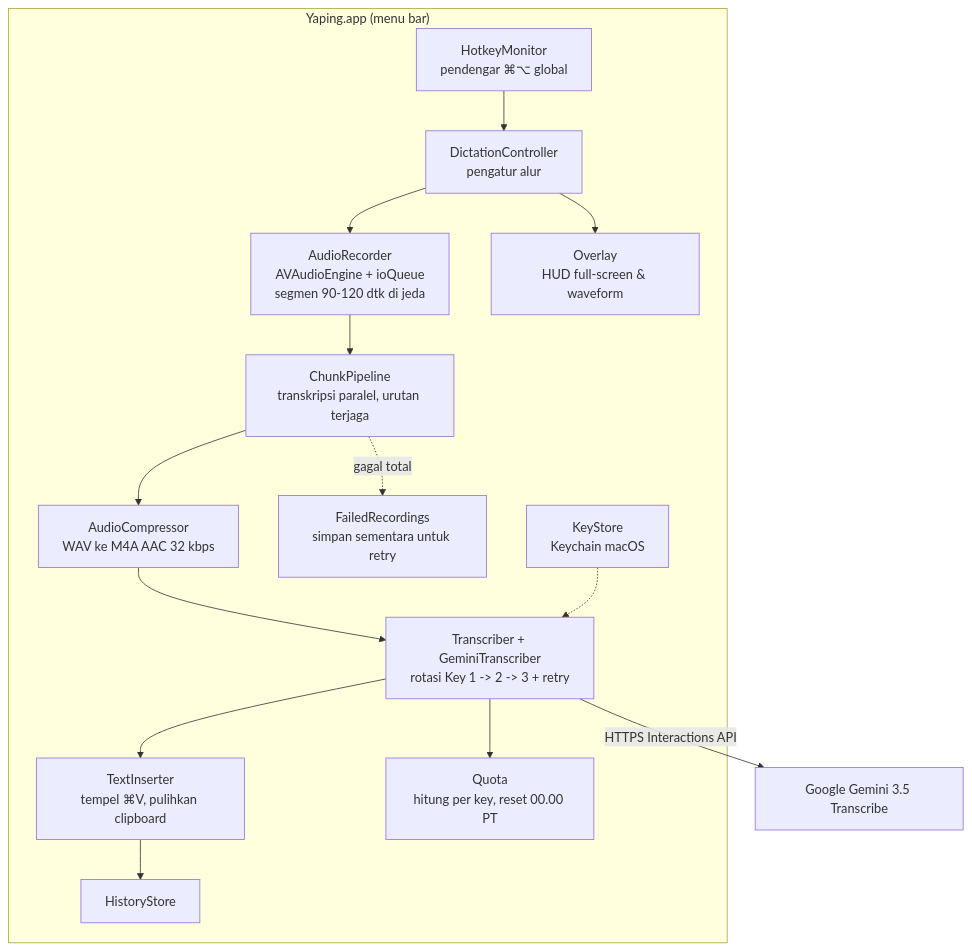
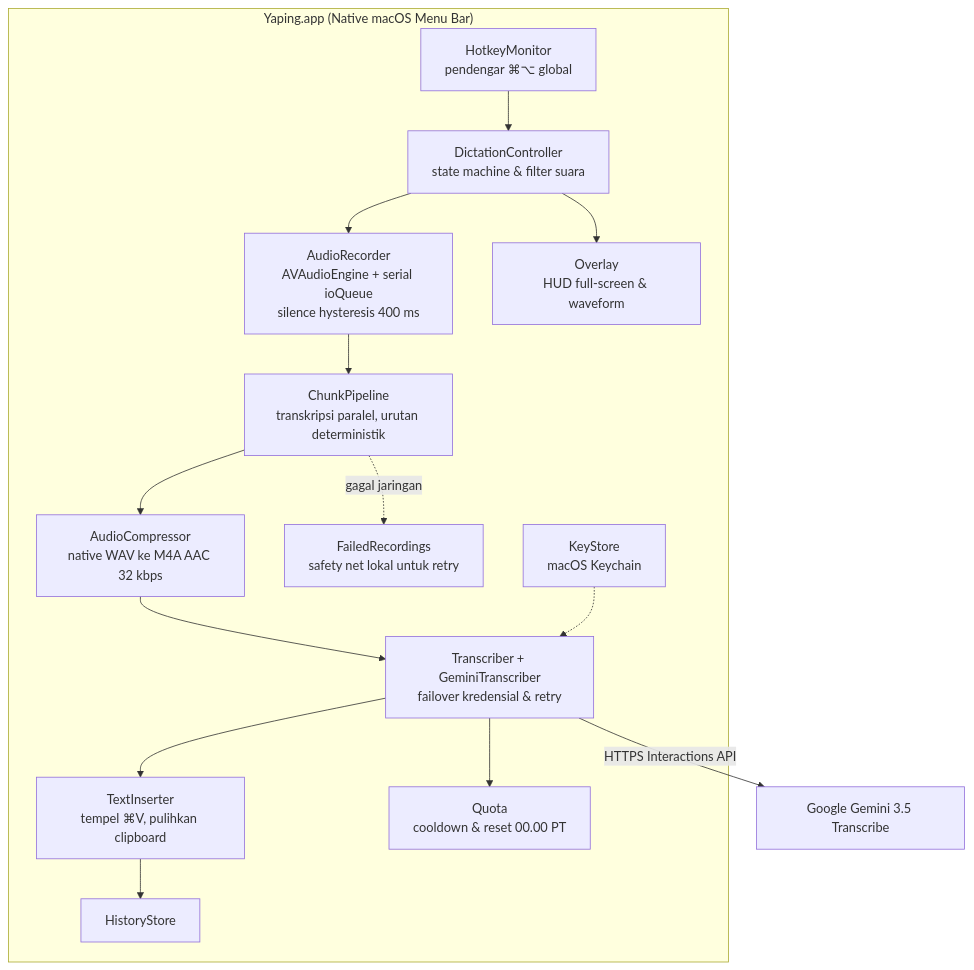
Before and after one commit to mnaufalzaki/Project-Portfolio: the first of 2 diagrams in Yaping/README.id.md, drawn with Mermaid. The commit also changed other lines of this file and 1 other file, not shown here.

Commit message:
docs(yaping): polish READMEs with infrastructure highlights, benchmarks, and end-to-end architecture

````diff
--- a/Yaping/README.id.md
+++ b/Yaping/README.id.md
@@ -76,17 +76,17 @@
 ```mermaid
 flowchart TB
-    subgraph App["Yaping.app (menu bar)"]
-        HK[HotkeyMonitor<br/>pendengar ⌘⌥ global] --> DC[DictationController<br/>pengatur alur]
-        DC --> REC[AudioRecorder<br/>AVAudioEngine + ioQueue<br/>segmen 90-120 dtk di jeda]
-        REC --> CP[ChunkPipeline<br/>transkripsi paralel, urutan terjaga]
-        CP --> AC[AudioCompressor<br/>WAV ke M4A AAC 32 kbps]
-        AC --> TR[Transcriber + GeminiTranscriber<br/>rotasi Key 1 -> 2 -> 3 + retry]
+    subgraph App["Yaping.app (Native macOS Menu Bar)"]
+        HK[HotkeyMonitor<br/>pendengar ⌘⌥ global] --> DC[DictationController<br/>state machine & filter suara]
+        DC --> REC[AudioRecorder<br/>AVAudioEngine + serial ioQueue<br/>silence hysteresis 400 ms]
+        REC --> CP[ChunkPipeline<br/>transkripsi paralel, urutan deterministik]
+        CP --> AC[AudioCompressor<br/>native WAV ke M4A AAC 32 kbps]
+        AC --> TR[Transcriber + GeminiTranscriber<br/>failover kredensial & retry]
         TR --> TI[TextInserter<br/>tempel ⌘V, pulihkan clipboard]
         DC --> OV[Overlay<br/>HUD full-screen & waveform]
-        TR --> QU[Quota<br/>hitung per key, reset 00.00 PT]
-        CP -.->|gagal total| FR[FailedRecordings<br/>simpan sementara untuk retry]
-        KS[KeyStore<br/>Keychain macOS] -.-> TR
+        TR --> QU[Quota<br/>cooldown & reset 00.00 PT]
+        CP -.->|gagal jaringan| FR[FailedRecordings<br/>safety net lokal untuk retry]
+        KS[KeyStore<br/>macOS Keychain] -.-> TR
         TI --> HI[HistoryStore]
     end
     TR -->|HTTPS Interactions API| GEM[Google Gemini 3.5 Transcribe]
 ```
````
